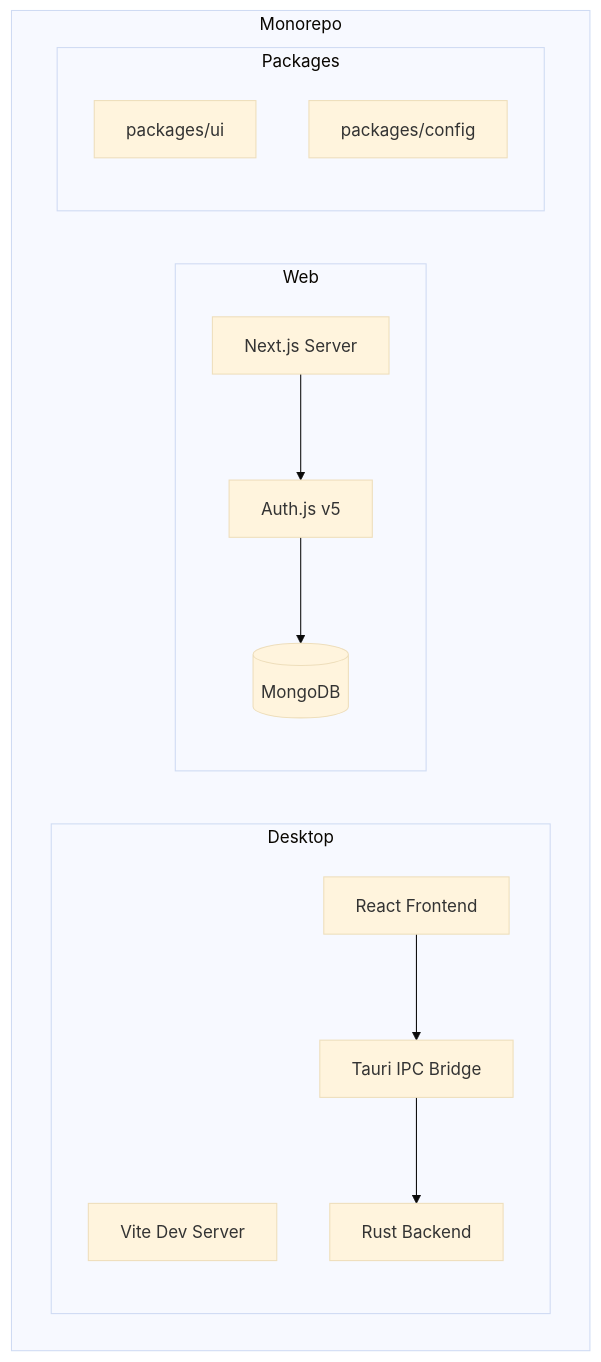
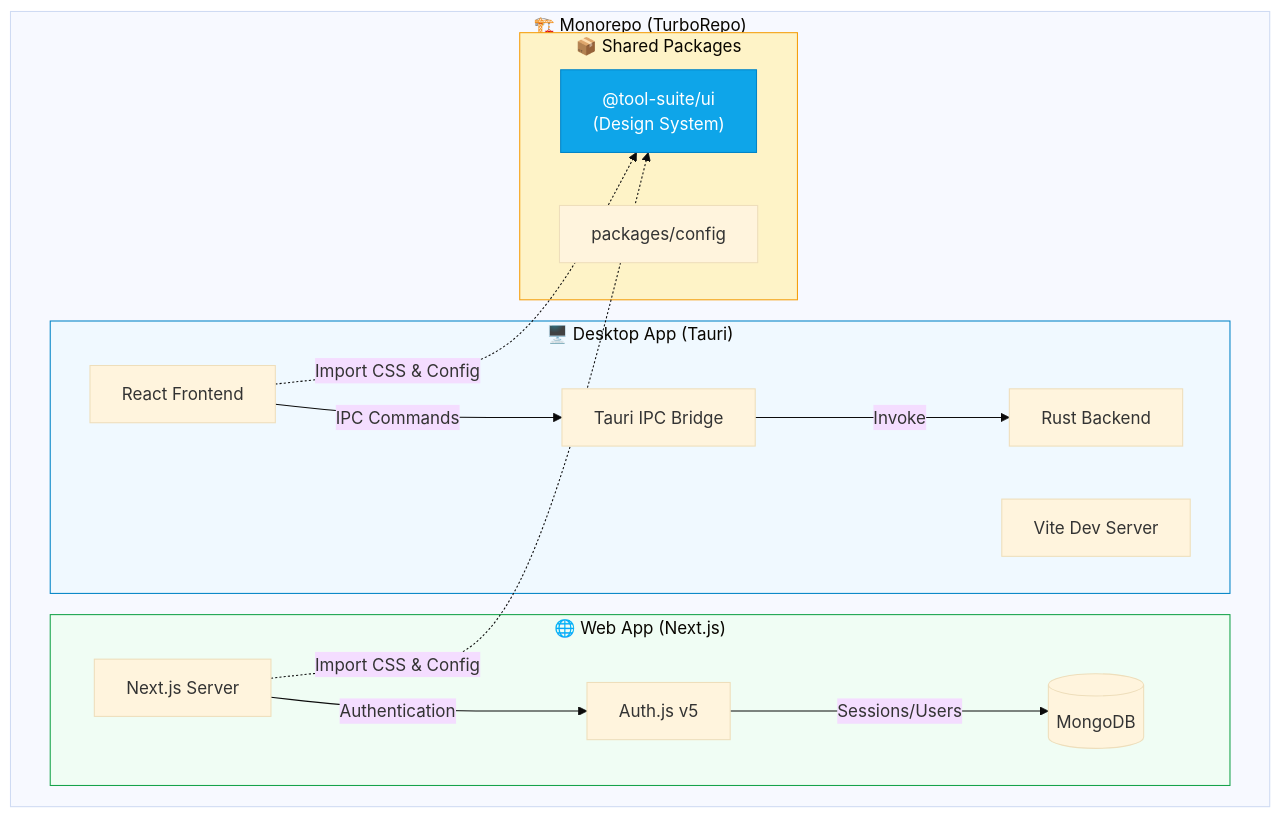
The first of 3 diagrams in ARCHITECTURE.md (Lilit3578/tool-suite-antigravity), drawn with Mermaid (base theme) before and after one commit. The commit also changed other lines of this file and 9 other files, not shown here.

````diff
--- a/ARCHITECTURE.md
+++ b/ARCHITECTURE.md
@@ -28,25 +29,33 @@
 ```mermaid
 graph TB
-    subgraph Monorepo
-        subgraph Desktop
+    subgraph Monorepo["🏗️ Monorepo (TurboRepo)"]
+        subgraph Desktop["🖥️ Desktop App (Tauri)"]
             Vite[Vite Dev Server]
             ReactFE[React Frontend]
             TauriIPC[Tauri IPC Bridge]
             RustBE[Rust Backend]
         end
-        subgraph Web
+        subgraph Web["🌐 Web App (Next.js)"]
             NextJS[Next.js Server]
             AuthJS[Auth.js v5]
             MongoDB[(MongoDB)]
         end
-        subgraph Packages
-            SharedUI[packages/ui]
+        subgraph Packages["📦 Shared Packages"]
+            DesignSystem["@tool-suite/ui<br/>(Design System)"]
             SharedConfig[packages/config]
         end
     end
     
-    ReactFE --> TauriIPC
-    TauriIPC --> RustBE
-    NextJS --> AuthJS
-    AuthJS --> MongoDB
+    ReactFE -->|IPC Commands| TauriIPC
+    TauriIPC -->|Invoke| RustBE
+    NextJS -->|Authentication| AuthJS
+    AuthJS -->|Sessions/Users| MongoDB
+    
+    ReactFE -.->|Import CSS & Config| DesignSystem
+    NextJS -.->|Import CSS & Config| DesignSystem
+    
+    style DesignSystem fill:#0ea5e9,stroke:#0284c7,color:#fff
+    style Desktop fill:#f0f9ff,stroke:#0284c7
+    style Web fill:#f0fdf4,stroke:#16a34a
+    style Packages fill:#fef3c7,stroke:#f59e0b
 ```
````
